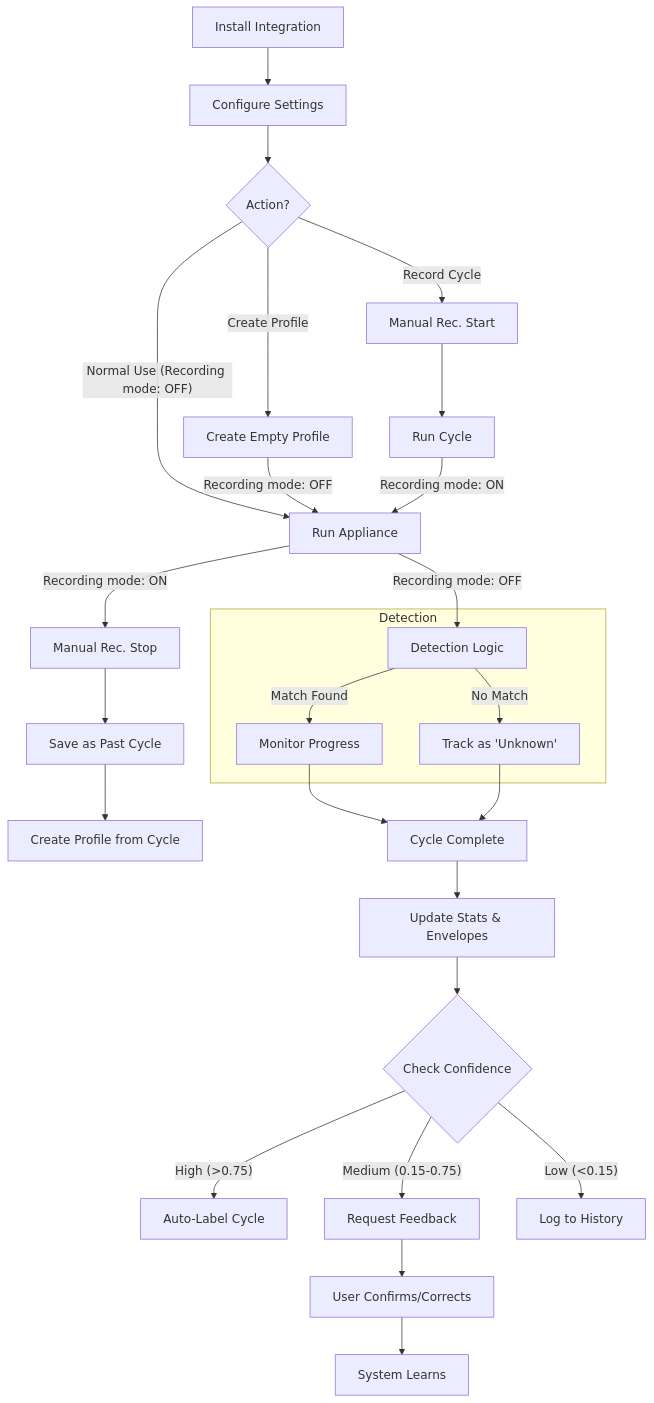
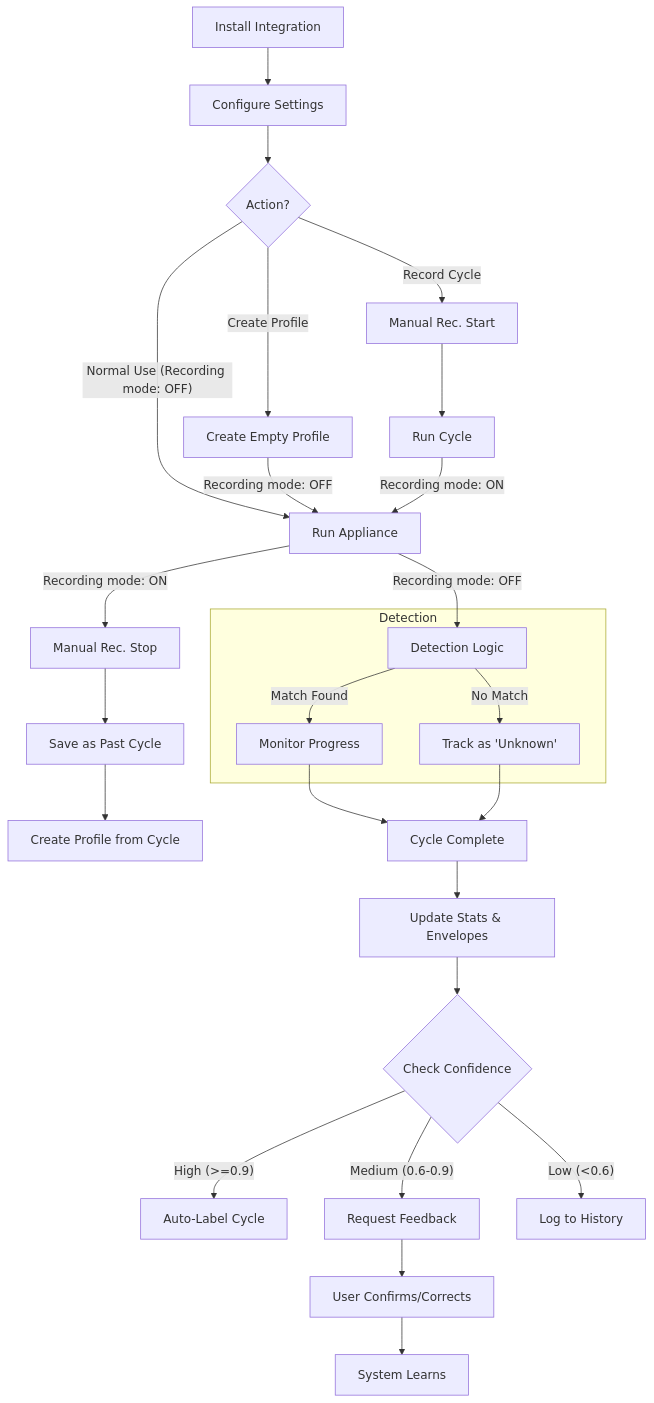
The first of 7 diagrams in IMPLEMENTATION.md (3dg1luk43/ha_washdata), drawn with Mermaid before and after one commit. The commit also changed other lines of this file and 26 other files, not shown here.

````diff
--- a/IMPLEMENTATION.md
+++ b/IMPLEMENTATION.md
@@ -34,38 +34,38 @@
 ```mermaid
 graph TD
     A[Install Integration] --> B[Configure Settings]
     B --> C{Action?}
     
     C -- "Create Profile" --> D["Create Empty Profile"]
     C -- "Record Cycle" --> E["Manual Rec. Start"]
     C -- "Normal Use (Recording mode: OFF)" -->  F["Run Appliance"]
     
     D -- "Recording mode: OFF" -->  F
     
     E --> G[Run Cycle]
     G -- "Recording mode: ON" --> F
     F -- "Recording mode: ON" -->  H["Manual Rec. Stop"]
     H --> I[Save as Past Cycle]
     I --> J[Create Profile from Cycle]
 
     
     F -- "Recording mode: OFF" -->  K[Detection Logic]
     
     subgraph Detection
     K -- "Match Found" --> L[Monitor Progress]
     K -- "No Match" --> M["Track as 'Unknown'"]
     end
     
     L --> N[Cycle Complete]
     M --> N
     
     N --> O[Update Stats & Envelopes]
     O --> P{Check Confidence}
     
-    P -- "High (>0.75)" --> Q[Auto-Label Cycle]
-    P -- "Medium (0.15-0.75)" --> R[Request Feedback]
-    P -- "Low (<0.15)" --> S[Log to History]
+    P -- "High (>=0.9)" --> Q[Auto-Label Cycle]
+    P -- "Medium (0.6-0.9)" --> R[Request Feedback]
+    P -- "Low (<0.6)" --> S[Log to History]
     
     R --> T["User Confirms/Corrects"]
     T --> U["System Learns"]
 ```
````
